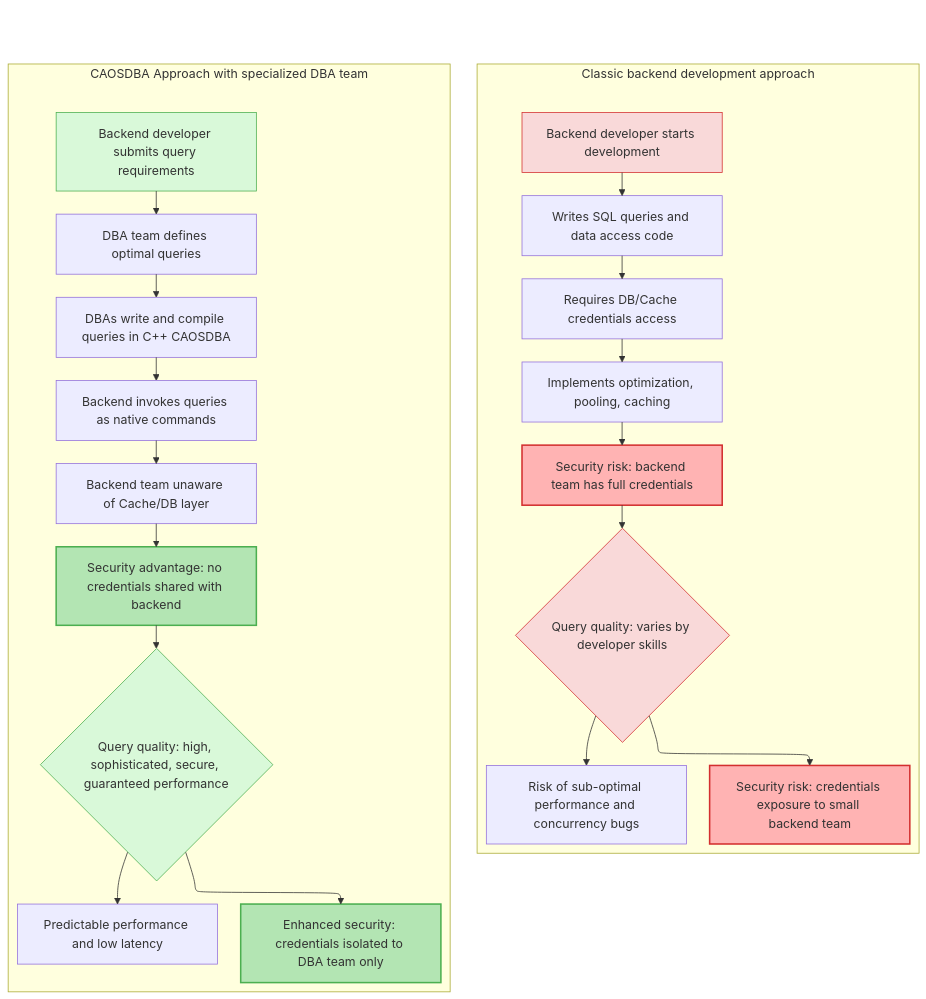
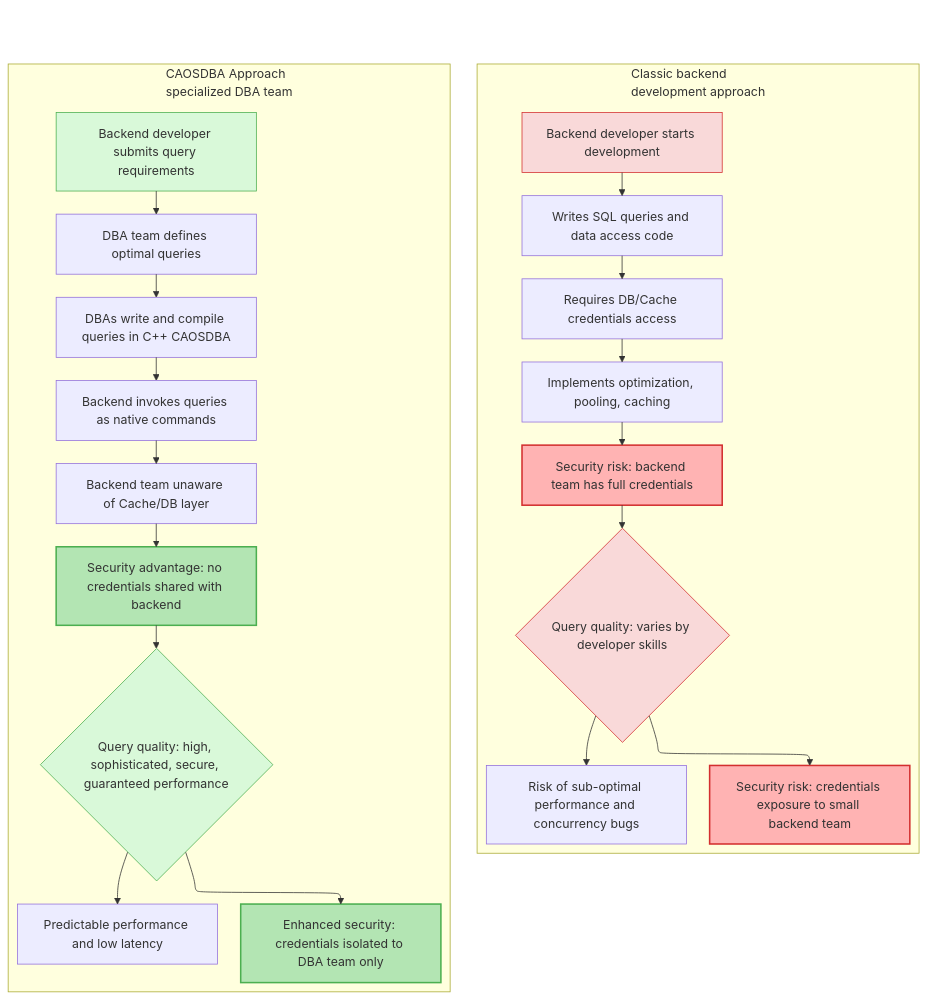
One commit to mydevhero/CAOSDBA changed the diagram in README.md. Above: the diagram before and after it, drawn with Mermaid. The commit also changed 42 other files, not shown here.

````diff
--- a/README.md
+++ b/README.md
@@ -87,58 +87,58 @@
 ```mermaid
 ---
 config:
   layout: elk
 ---
 flowchart TB
   anchor[" "]
   
-  subgraph classic["Classic backend development approach"]
+  subgraph classic["Classic backend<br>development approach"]
         DEV_START["Backend developer starts development"]
         DEV_QUERY["Writes SQL queries and data access code"]
         DEV_CRED["Requires DB/Cache credentials access"]
         DEV_OPT["Implements optimization, pooling, caching"]
         DEV_SEC["Security risk: backend team has full credentials"]
         DEV_END{"Query quality: varies by developer skills"}
         LOW_PERF["Risk of sub-optimal performance and concurrency bugs"]
         SEC_RISK["Security risk: credentials exposure to small backend team"]
   end
   
-  subgraph caosdba["CAOSDBA Approach with specialized DBA team"]
+  subgraph caosdba["CAOSDBA Approach<br>specialized DBA team"]
         DBA_START["Backend developer submits query requirements"]
         DBA_SPEC["DBA team defines optimal queries"]
         DBA_CPP["DBAs write and compile queries in C++ CAOSDBA"]
         DBA_NATIVE["Backend invokes queries as native commands"]
         DBA_ABSTRACT["Backend team unaware of Cache/DB layer"]
         DBA_SEC["Security advantage: no credentials shared with backend"]
         DBA_HIGH{"Query quality: high, sophisticated, secure, guaranteed performance"}
         HIGH_PERF["Predictable performance and low latency"]
         SEC_BENEFIT["Enhanced security: credentials isolated to DBA team only"]
   end
 
     anchor ~~~ DEV_START & DBA_START
     
     DEV_START --> DEV_QUERY
     DEV_QUERY --> DEV_CRED
     DEV_CRED --> DEV_OPT
     DEV_OPT --> DEV_SEC
     DEV_SEC --> DEV_END
     DEV_END --> LOW_PERF & SEC_RISK
     
     DBA_START --> DBA_SPEC
     DBA_SPEC --> DBA_CPP
     DBA_CPP --> DBA_NATIVE
     DBA_NATIVE --> DBA_ABSTRACT
     DBA_ABSTRACT --> DBA_SEC
     DBA_SEC --> DBA_HIGH
     DBA_HIGH --> HIGH_PERF & SEC_BENEFIT
 
     style anchor fill:none,stroke:none
     style DBA_START fill:#D9F9D9,stroke:#4CAF50
     style DBA_SEC fill:#B3E5B3,stroke:#4CAF50,stroke-width:2px
     style DBA_HIGH fill:#D9F9D9,stroke:#4CAF50
     style SEC_BENEFIT fill:#B3E5B3,stroke:#4CAF50,stroke-width:2px
     style DEV_START fill:#F9D9D9,stroke:#D32F2F
     style DEV_SEC fill:#FFB3B3,stroke:#D32F2F,stroke-width:2px
     style DEV_END fill:#F9D9D9,stroke:#D32F2F
     style SEC_RISK fill:#FFB3B3,stroke:#D32F2F,stroke-width:2px
 ```
````
